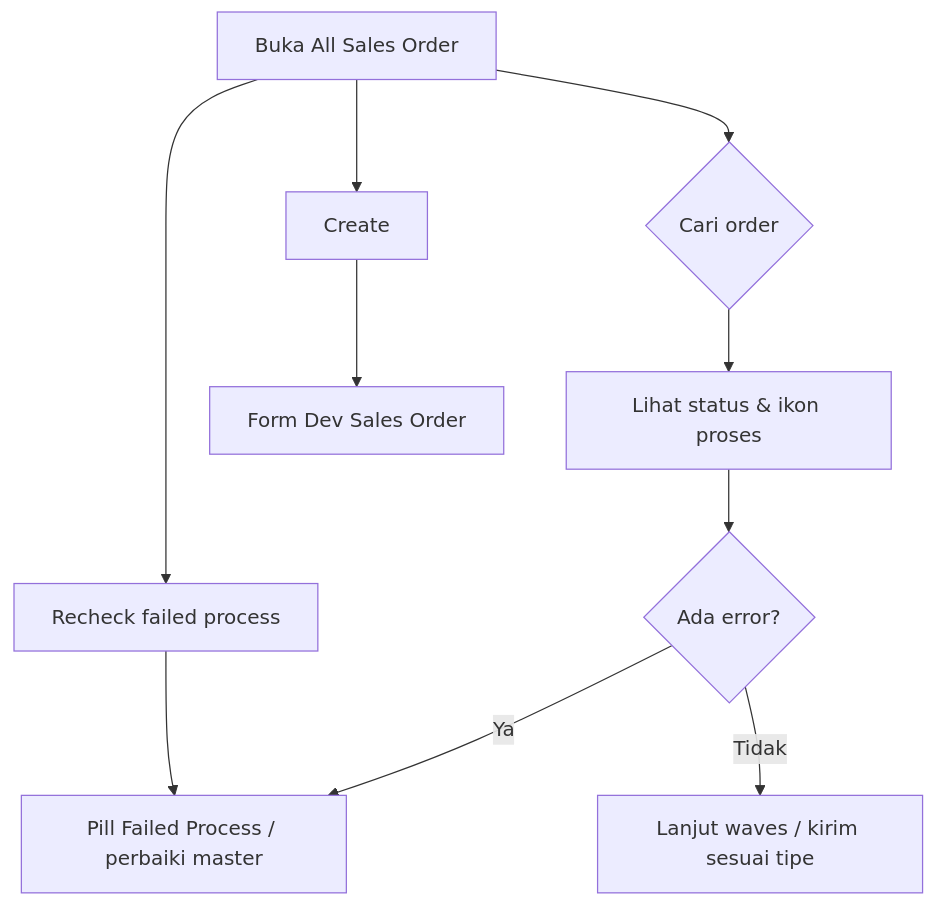
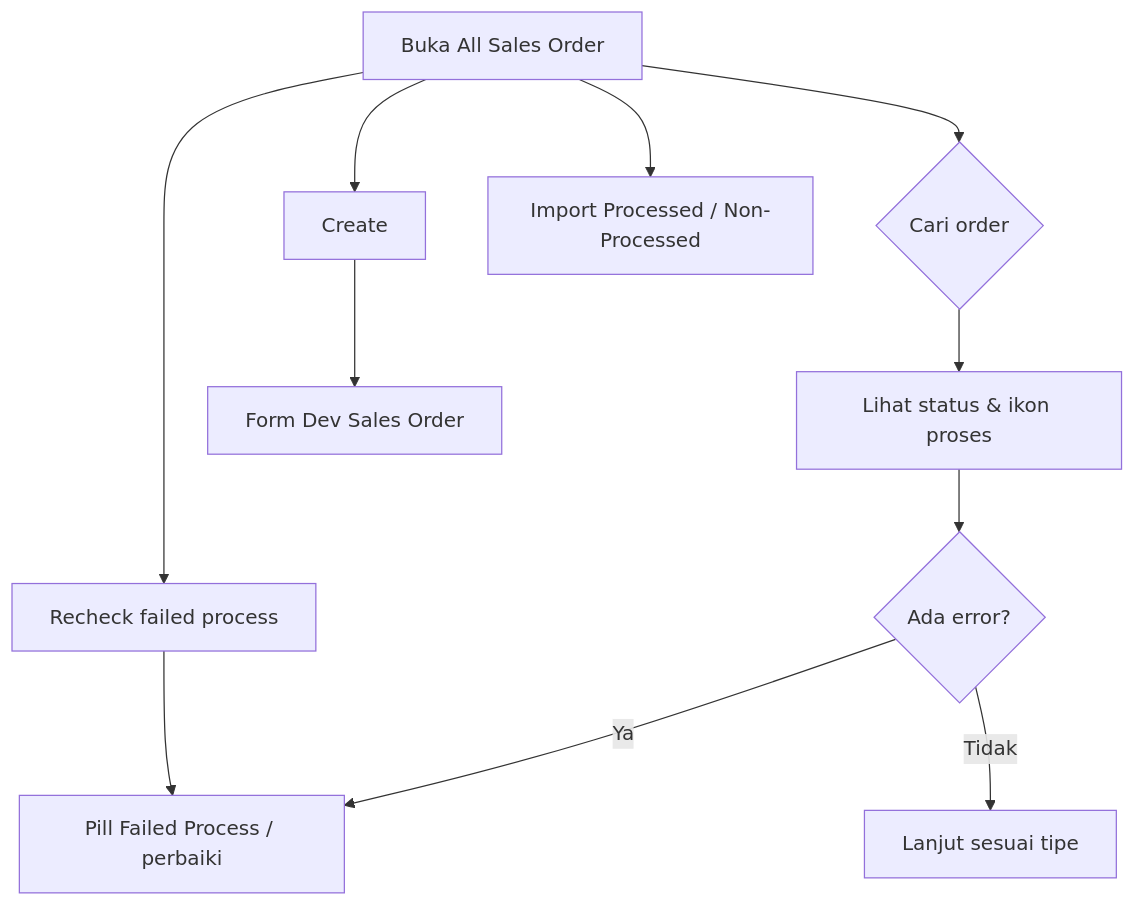
One commit to yendyr/olshoperp-docs changed the diagram in qa-docs/all-sales-order/knowledge-base.md. Above: the diagram before and after it, drawn with Mermaid. The commit also changed other lines of this file and 33 other files, not shown here.

````diff
--- a/qa-docs/all-sales-order/knowledge-base.md
+++ b/qa-docs/all-sales-order/knowledge-base.md
@@ -41,10 +39,11 @@
 ```mermaid
 flowchart TD
     A[Buka All Sales Order] --> B{Cari order}
     B --> C[Lihat status & ikon proses]
     C --> D{Ada error?}
-    D -->|Ya| E[Pill Failed Process / perbaiki master]
-    D -->|Tidak| F[Lanjut waves / kirim sesuai tipe]
+    D -->|Ya| E[Pill Failed Process / perbaiki]
+    D -->|Tidak| F[Lanjut sesuai tipe]
     A --> G[Create] --> H[Form Dev Sales Order]
+    A --> I[Import Processed / Non-Processed]
     A --> R[Recheck failed process] --> E
 ```
````
